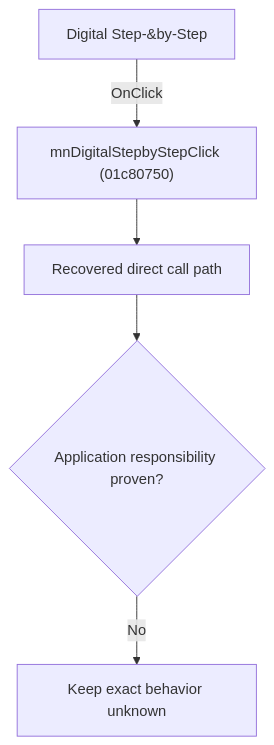
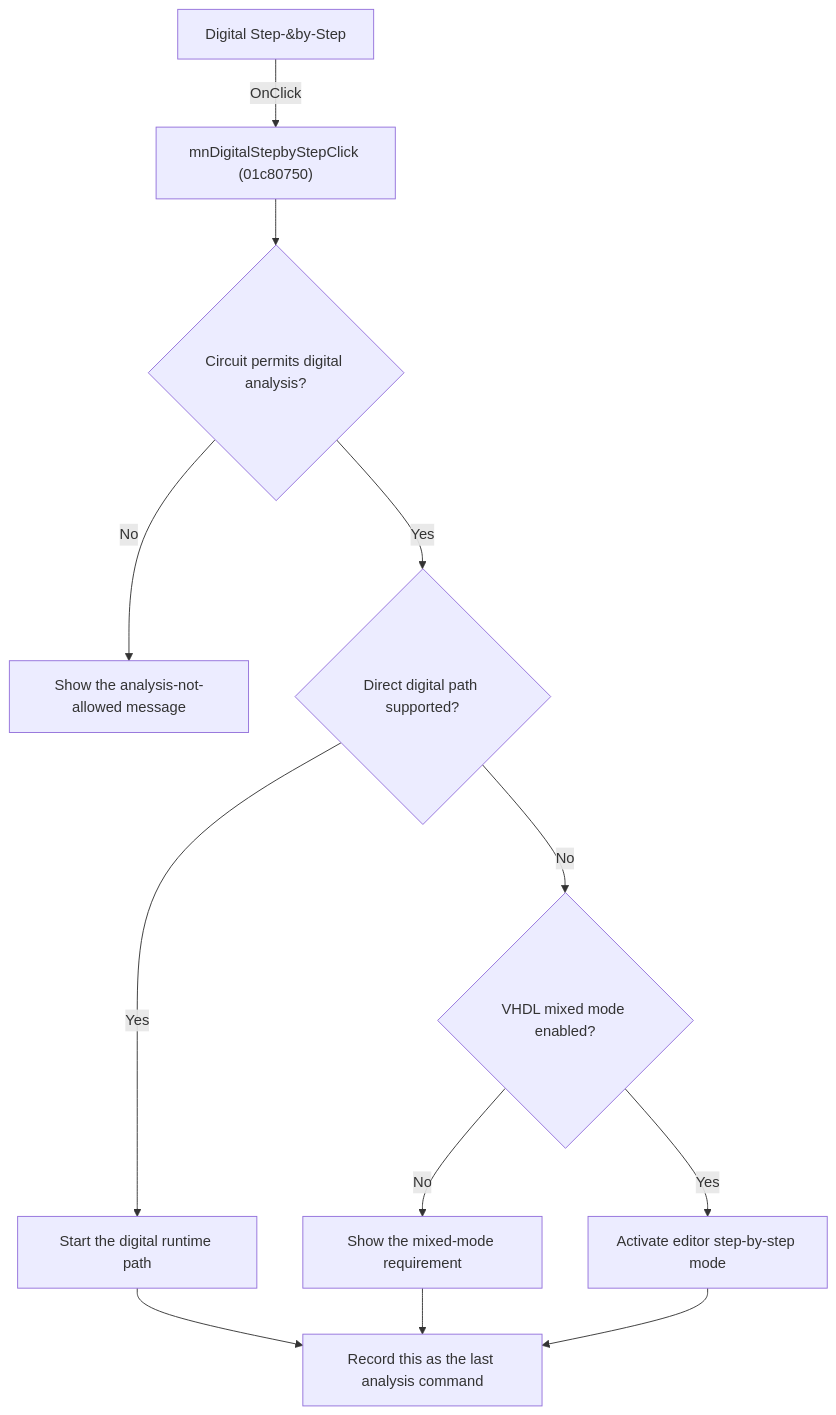
Before and after one commit to MovGP0/TIARA: the diagram in docs/ui-controls/schematiceditor/mndigitalstepbystep-9d1ef1d2c8.md, drawn with Mermaid. The commit also changed other lines of this file and 241 other files, not shown here.

````diff
--- a/docs/ui-controls/schematiceditor/mndigitalstepbystep-9d1ef1d2c8.md
+++ b/docs/ui-controls/schematiceditor/mndigitalstepbystep-9d1ef1d2c8.md
@@ -27,7 +25,14 @@
 ```mermaid
 flowchart TD
     control["Digital Step-&by-Step"] -->|"OnClick"| handler["mnDigitalStepbyStepClick (01c80750)"]
-    handler --> recovered["Recovered direct call path"]
-    recovered --> gap{"Application responsibility proven?"}
-    gap -->|"No"| blocked["Keep exact behavior unknown"]
+    handler --> validate{"Circuit permits digital analysis?"}
+    validate -->|"No"| notAllowed["Show the analysis-not-allowed message"]
+    validate -->|"Yes"| supported{"Direct digital path supported?"}
+    supported -->|"Yes"| start["Start the digital runtime path"]
+    supported -->|"No"| mixed{"VHDL mixed mode enabled?"}
+    mixed -->|"No"| require["Show the mixed-mode requirement"]
+    mixed -->|"Yes"| activate["Activate editor step-by-step mode"]
+    start --> remember["Record this as the last analysis command"]
+    require --> remember
+    activate --> remember
 ```
````
